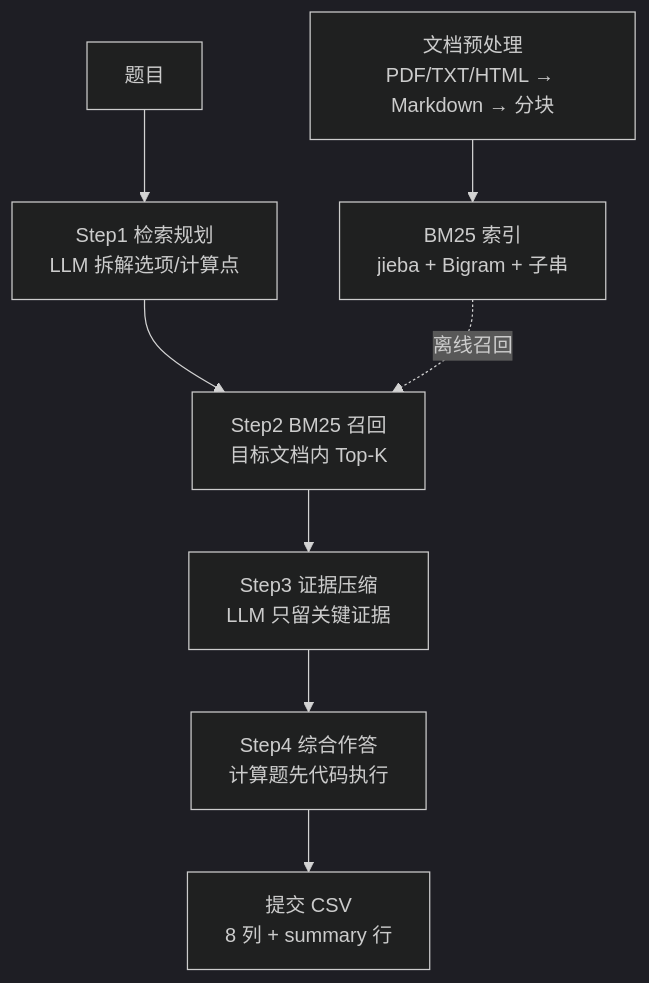
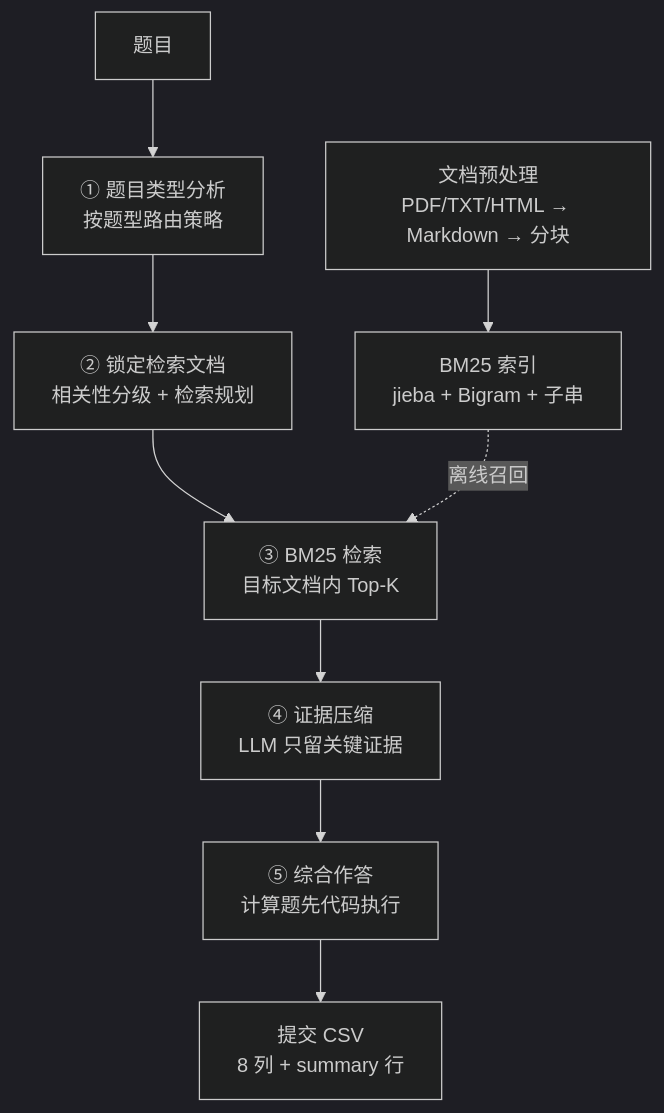
The diagram in README.md (1797833970/AFAC2026), drawn with Mermaid (dark theme) before and after one commit. The commit also changed other lines of this file and 4 other files, not shown here.

````diff
--- a/README.md
+++ b/README.md
@@ -90,10 +90,11 @@
 ```mermaid
 flowchart TD
     A[文档预处理<br/>PDF/TXT/HTML → Markdown → 分块] --> B[BM25 索引<br/>jieba + Bigram + 子串]
-    Q[题目] --> C[Step1 检索规划<br/>LLM 拆解选项/计算点]
-    C --> D[Step2 BM25 召回<br/>目标文档内 Top-K]
-    D --> E[Step3 证据压缩<br/>LLM 只留关键证据]
-    E --> F[Step4 综合作答<br/>计算题先代码执行]
+    Q[题目] --> C1[① 题目类型分析<br/>按题型路由策略]
+    C1 --> C2[② 锁定检索文档<br/>相关性分级 + 检索规划]
+    C2 --> D[③ BM25 检索<br/>目标文档内 Top-K]
+    D --> E[④ 证据压缩<br/>LLM 只留关键证据]
+    E --> F[⑤ 综合作答<br/>计算题先代码执行]
     B -. 离线召回 .-> D
     F --> S[提交 CSV<br/>8 列 + summary 行]
 ```
````
